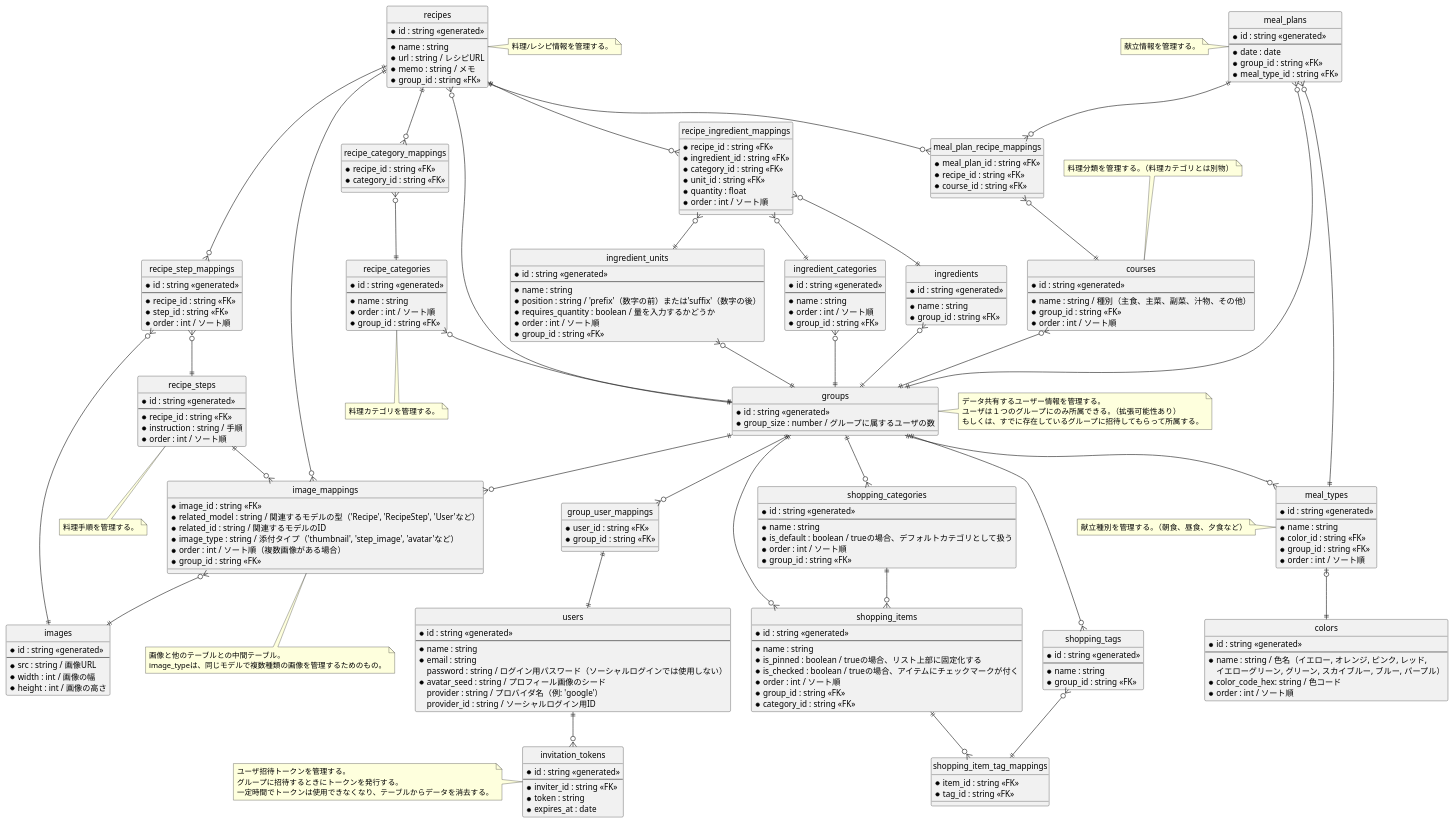
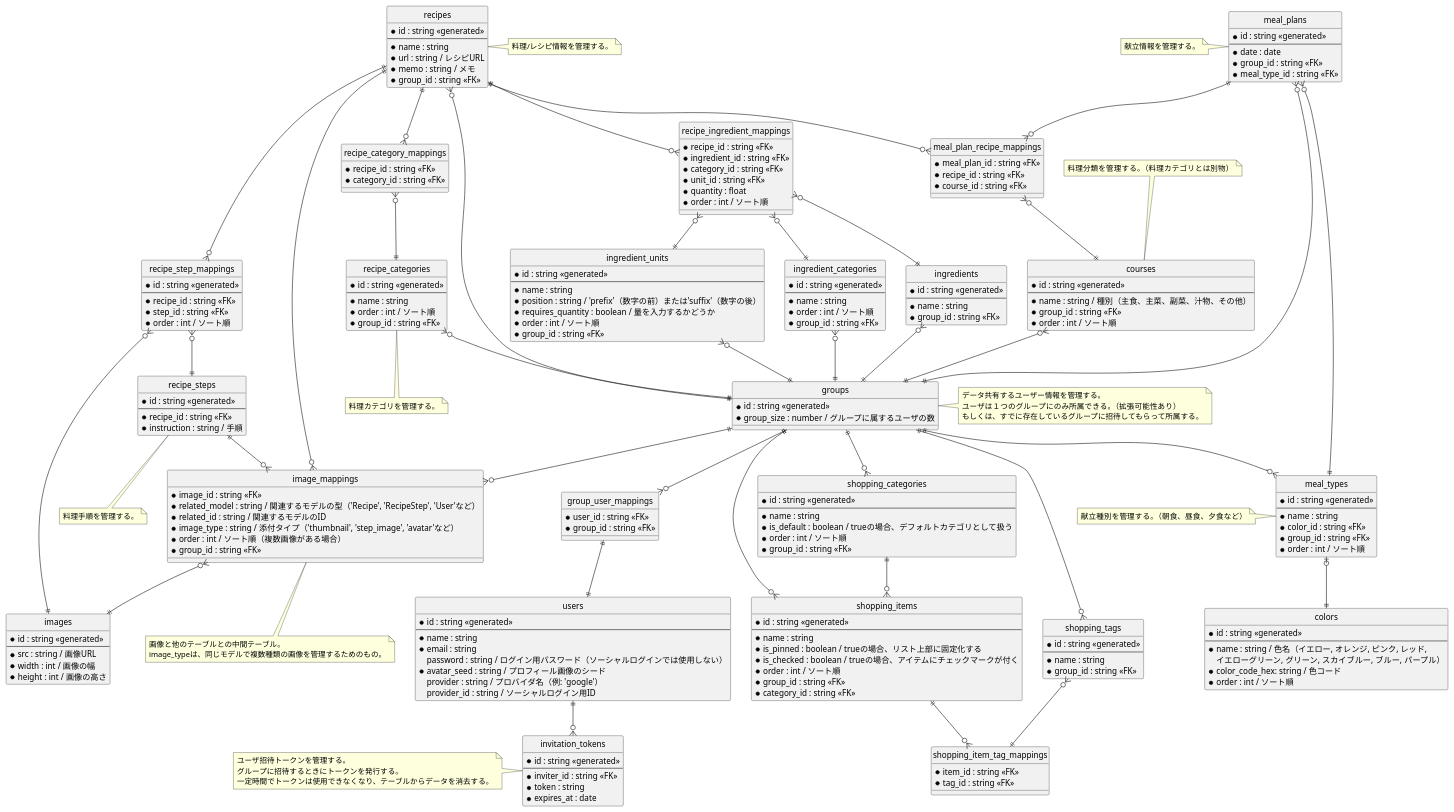
Before and after one commit to nanoha94/meap: the diagram in server/docs/er.puml, drawn with PlantUML. The commit also changed 8 other files, not shown here.

```diff
--- a/server/docs/er.puml
+++ b/server/docs/er.puml
@@ -45,7 +45,6 @@
     --
     * recipe_id : string <<FK>>
     * instruction : string / 手順
-    * order : int / ソート順
 }
 
 entity recipe_step_mappings {
```
